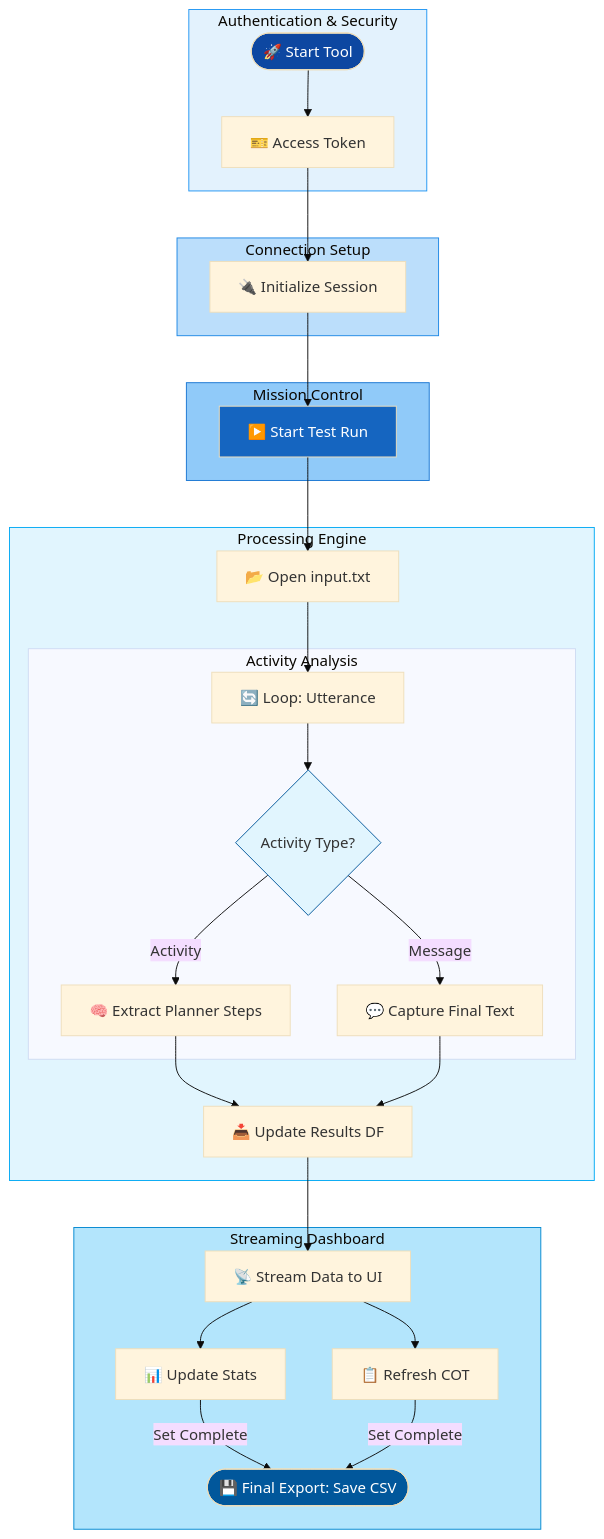
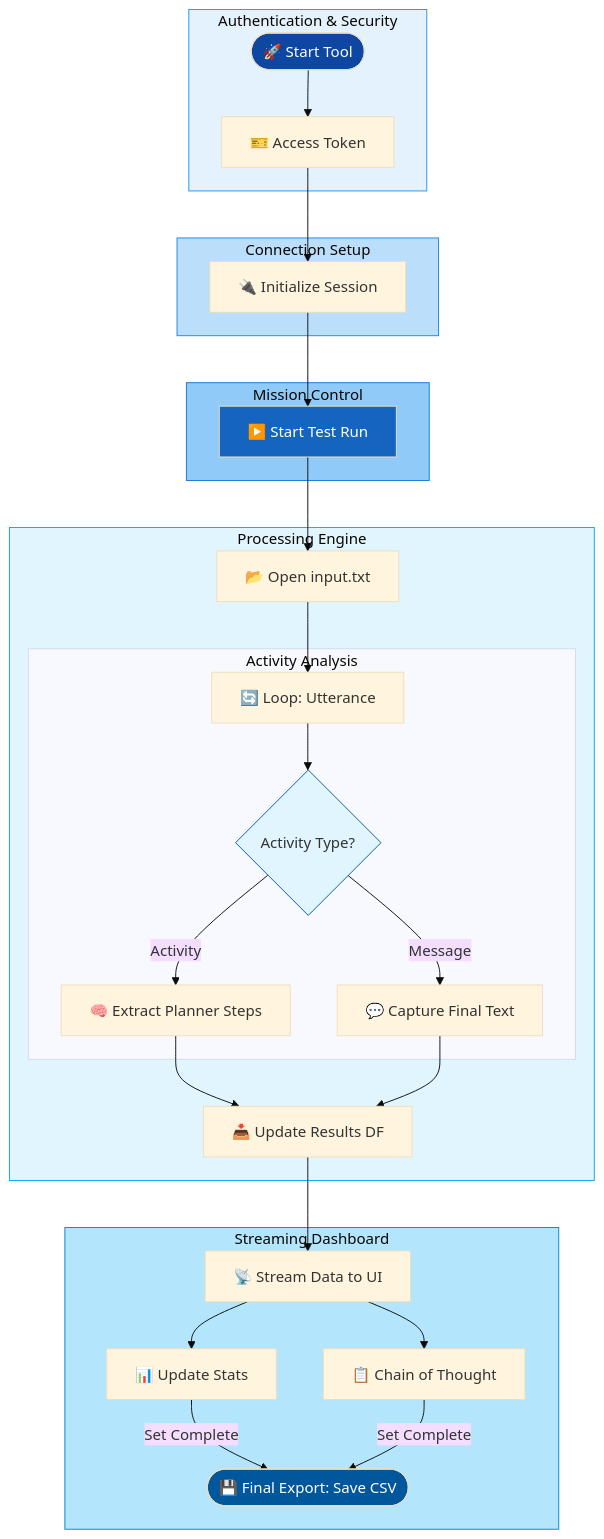
Before and after one commit to microsoft/mcscatblog: the diagram in _posts/2026-01-16-response-analysis-copilot-tool.md, drawn with Mermaid (base theme). The commit also changed other lines of this file, not shown here.

````diff
--- a/_posts/2026-01-16-response-analysis-copilot-tool.md
+++ b/_posts/2026-01-16-response-analysis-copilot-tool.md
@@ -50,53 +62,53 @@
 ```mermaid
 graph TD
     %% Use linear paths to encourage straighter lines
 
     subgraph Auth [Authentication & Security]
         A([🚀 Start Tool]) --> B[🎫 Access Token]
     end
 
     subgraph Init [Connection Setup]
         B --> C[🔌 Initialize Session]
     end
 
     subgraph User [Mission Control]
         C --> E[▶️ Start Test Run]
     end
 
     subgraph Engine [Processing Engine]
         E --> F[📂 Open input.txt]
         F --> G[🔄 Loop: Utterance]
         
         subgraph Analysis [Activity Analysis]
             G --> H{Activity Type?}
             H -- "Activity" --> I[🧠 Extract Planner Steps]
             H -- "Message" --> J[💬 Capture Final Text]
         end
         
         I --> K[📥 Update Results DF]
         J --> K
     end
 
     subgraph Visualization [Streaming Dashboard]
         K --> L[📡 Stream Data to UI]
         
         L --> M[📊 Update Stats]
-        L --> O[📋 Refresh COT]
+        L --> O[📋 Chain of Thought]
 
         M -- "Set Complete" --> Q([💾 Final Export: Save CSV])
         O -- "Set Complete" --> Q([💾 Final Export: Save CSV])
     end
 
     %% Unified Blue Palette Styling
     style Auth fill:#E3F2FD,stroke:#2196F3,stroke-width:1px
     style Init fill:#BBDEFB,stroke:#1E88E5,stroke-width:1px
     style User fill:#90CAF9,stroke:#1976D2,stroke-width:1px
     style Engine fill:#E1F5FE,stroke:#03A9F4,stroke-width:1px
     style Visualization fill:#B3E5FC,stroke:#0288D1,stroke-width:1px
     
     %% Node Specifics
     style A fill:#0D47A1,color:#fff
     style E fill:#1565C0,color:#fff
     style Q fill:#01579B,color:#fff
     style H fill:#E1F5FE,stroke:#01579B
 ```
````
